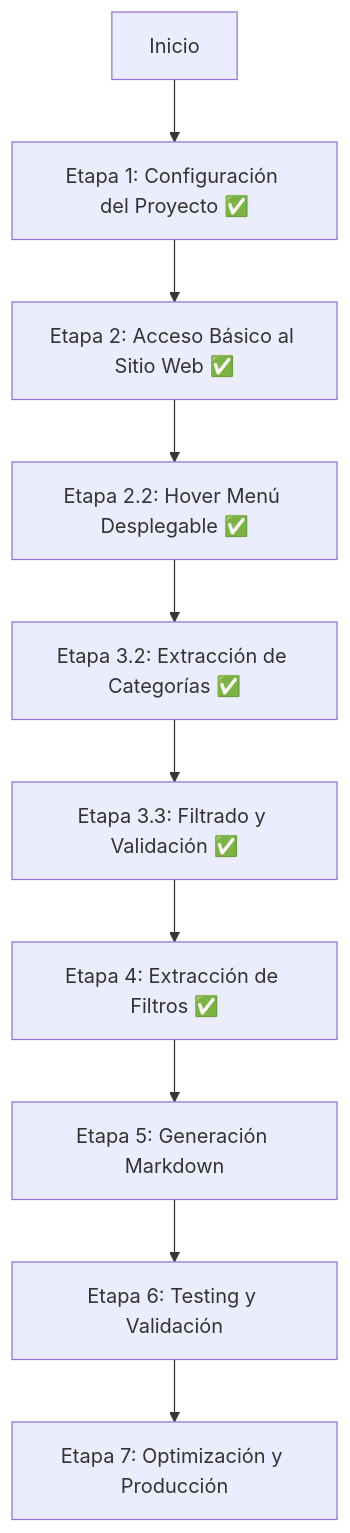
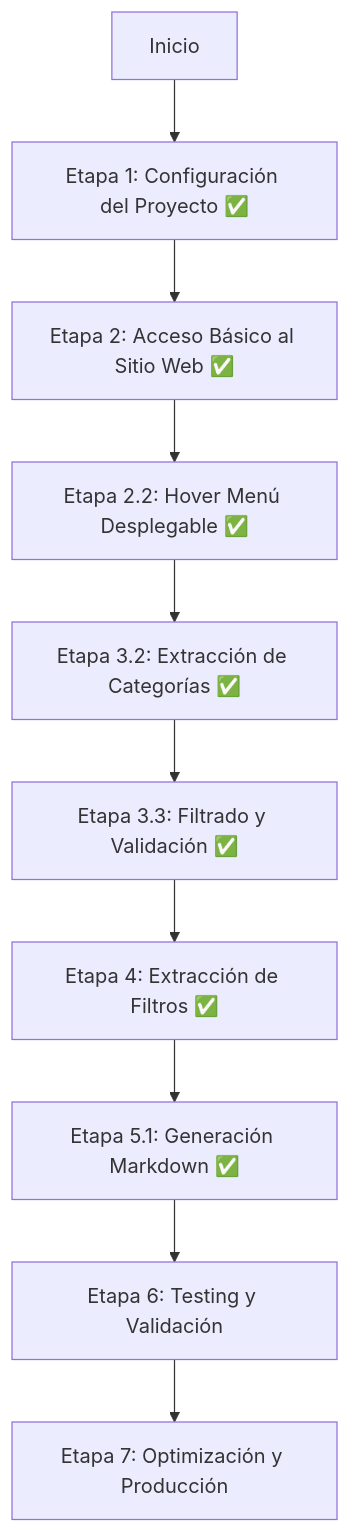
One commit to Jumadominguez/scrapersTemp changed the diagram in docs/especificacion-script-extraccion.md. Above: the diagram before and after it, drawn with Mermaid. The commit also changed other lines of this file, not shown here.

````diff
--- a/docs/especificacion-script-extraccion.md
+++ b/docs/especificacion-script-extraccion.md
@@ -29,12 +30,12 @@
 ```mermaid
 graph TD
     A[Inicio] --> B[Etapa 1: Configuración del Proyecto ✅]
     B --> C[Etapa 2: Acceso Básico al Sitio Web ✅]
     C --> D[Etapa 2.2: Hover Menú Desplegable ✅]
     D --> E[Etapa 3.2: Extracción de Categorías ✅]
     E --> F[Etapa 3.3: Filtrado y Validación ✅]
     F --> G[Etapa 4: Extracción de Filtros ✅]
-    G --> H[Etapa 5: Generación Markdown]
+    G --> H[Etapa 5.1: Generación Markdown ✅]
     H --> I[Etapa 6: Testing y Validación]
     I --> J[Etapa 7: Optimización y Producción]
 ```
````
